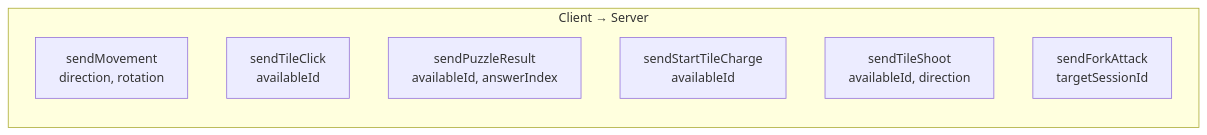
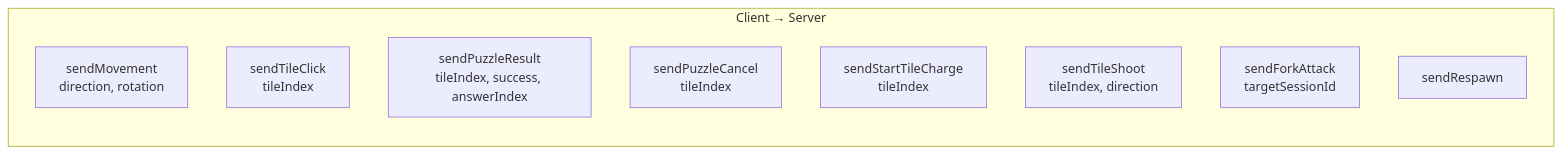
The eighth of 16 diagrams in docs/GAME_LOGIC.md (nguyenvanduocit/the-car-game), drawn with Mermaid before and after one commit. The commit also changed other lines of this file and 18 other files, not shown here.

````diff
--- a/docs/GAME_LOGIC.md
+++ b/docs/GAME_LOGIC.md
@@ -243,11 +251,13 @@
 ```mermaid
 graph LR
     subgraph Send["Client → Server"]
         sendMovement[sendMovement<br/>direction, rotation]
-        sendTileClick[sendTileClick<br/>availableId]
-        sendPuzzle[sendPuzzleResult<br/>availableId, answerIndex]
-        sendCharge[sendStartTileCharge<br/>availableId]
-        sendShoot[sendTileShoot<br/>availableId, direction]
+        sendTileClick[sendTileClick<br/>tileIndex]
+        sendPuzzle[sendPuzzleResult<br/>tileIndex, success, answerIndex]
+        sendCancel[sendPuzzleCancel<br/>tileIndex]
+        sendCharge[sendStartTileCharge<br/>tileIndex]
+        sendShoot[sendTileShoot<br/>tileIndex, direction]
         sendFork[sendForkAttack<br/>targetSessionId]
+        sendRespawn[sendRespawn]
     end
 ```
````
